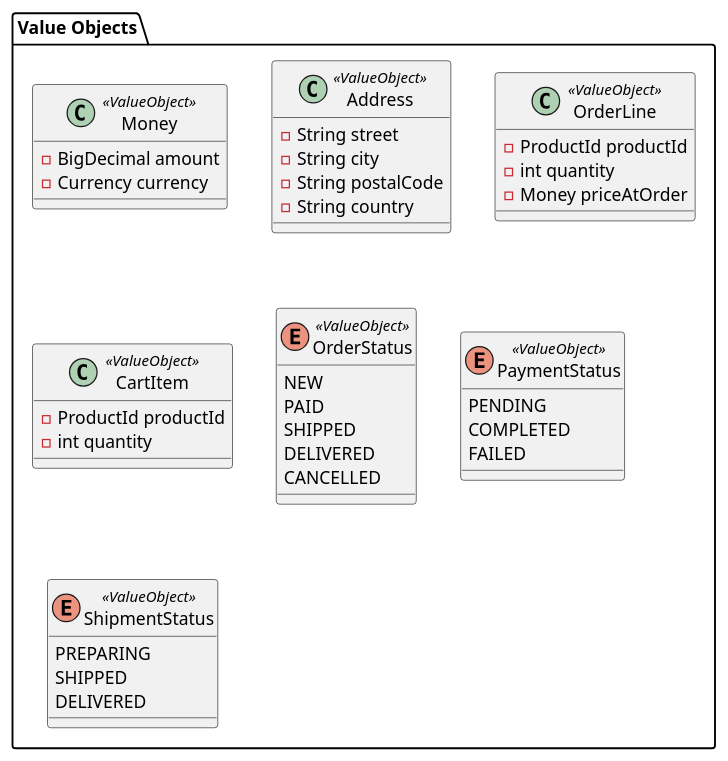
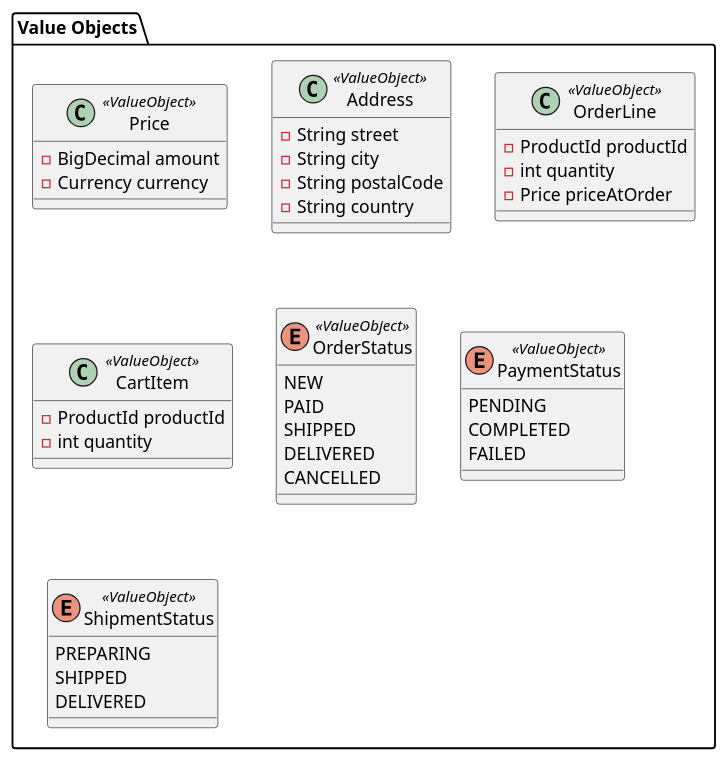
Before and after one commit to rzodkiewiczmichal/ecommerce-demo: the diagram in documentation/design/domain-model/domain-model-value-objects.puml, drawn with PlantUML. The commit also changed 3 other files, not shown here.

```diff
--- a/documentation/design/domain-model/domain-model-value-objects.puml
+++ b/documentation/design/domain-model/domain-model-value-objects.puml
@@ -1,47 +1,47 @@
 @startuml E-commerce Domain Model Value Objects
 ' Value Objects
 package "Value Objects" {
-    class Money <<ValueObject>> {
+    class Price <<ValueObject>> {
         - BigDecimal amount
         - Currency currency
     }
 
     class Address <<ValueObject>> {
         - String street
         - String city
         - String postalCode
         - String country
     }
 
     class OrderLine <<ValueObject>> {
         - ProductId productId
         - int quantity
-        - Money priceAtOrder
+        - Price priceAtOrder
     }
 
     class CartItem <<ValueObject>> {
         - ProductId productId
         - int quantity
     }
 
     enum OrderStatus <<ValueObject>> {
         NEW
         PAID
         SHIPPED
         DELIVERED
         CANCELLED
     }
 
     enum PaymentStatus <<ValueObject>> {
         PENDING
         COMPLETED
         FAILED
     }
 
     enum ShipmentStatus <<ValueObject>> {
         PREPARING
         SHIPPED
         DELIVERED
     }
 }
 @enduml
```
